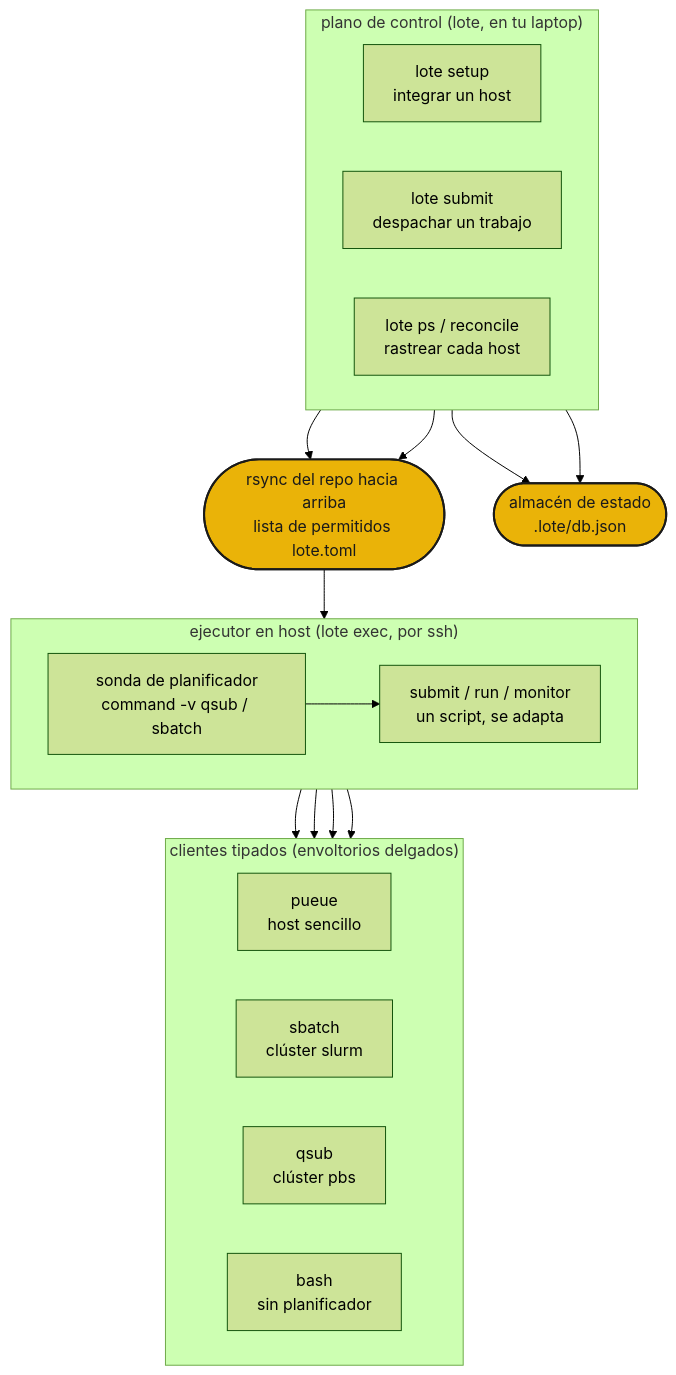
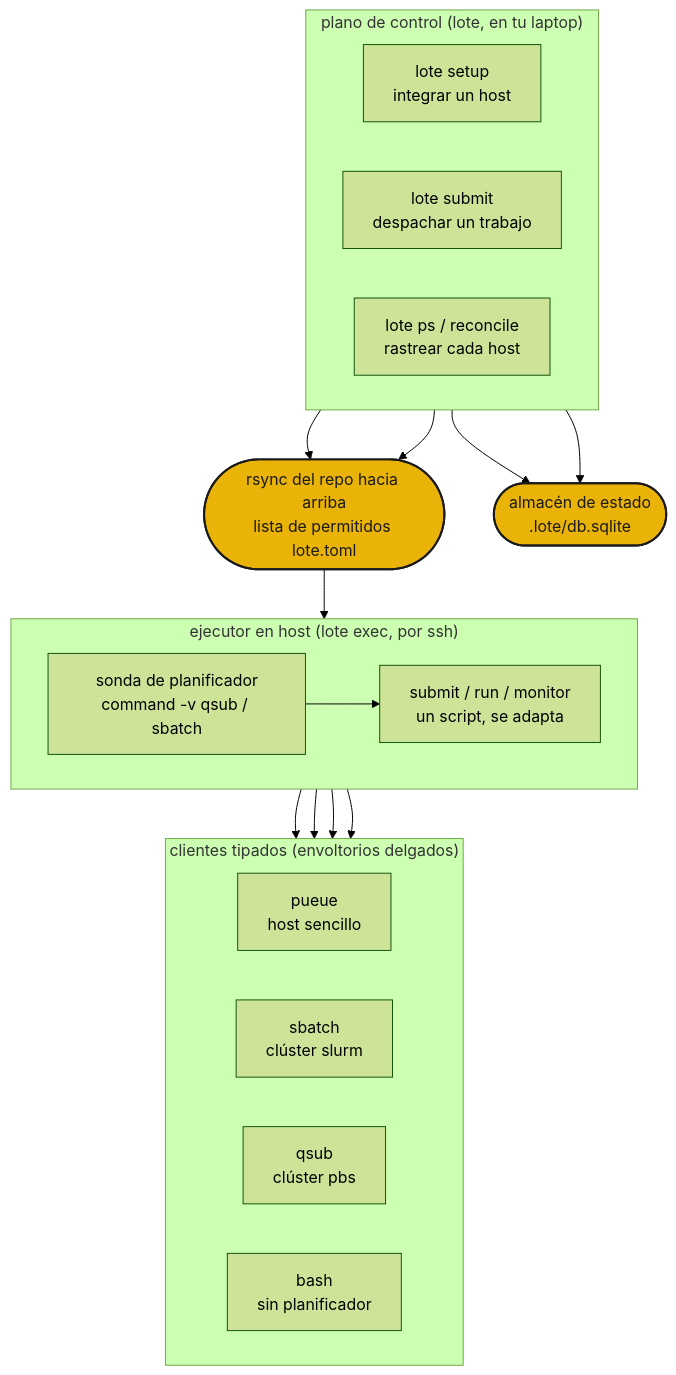
One commit to phvv-me/lote changed the diagram in docs/how-it-works.es.md. Above: the diagram before and after it, drawn with Mermaid (forest theme). The commit also changed other lines of this file and 58 other files, not shown here.

````diff
--- a/docs/how-it-works.es.md
+++ b/docs/how-it-works.es.md
@@ -5,40 +5,40 @@
 ```mermaid
 flowchart TB
     subgraph control["plano de control (lote, en tu laptop)"]
         direction LR
         SETUP["lote setup<br/>integrar un host"]
         SUBMIT["lote submit<br/>despachar un trabajo"]
         PS["lote ps / reconcile<br/>rastrear cada host"]
     end
 
     subgraph onhost["ejecutor en host (lote exec, por ssh)"]
         direction LR
         DETECT["sonda de planificador<br/>command -v qsub / sbatch"]
         ADAPT["submit / run / monitor<br/>un script, se adapta"]
     end
 
     subgraph clients["clientes tipados (envoltorios delgados)"]
         direction LR
         PUEUE["pueue<br/>host sencillo"]
         SBATCH["sbatch<br/>clúster slurm"]
         QSUB["qsub<br/>clúster pbs"]
         BASH["bash<br/>sin planificador"]
     end
 
     RSYNC(["rsync del repo hacia arriba<br/>lista de permitidos lote.toml"]):::brand
-    DB(["almacén de estado<br/>.lote/db.json"]):::brand
+    DB(["almacén de estado<br/>.lote/db.sqlite"]):::brand
 
     SETUP --> RSYNC
     SUBMIT --> RSYNC
     RSYNC --> DETECT
     DETECT --> ADAPT
     ADAPT --> PUEUE
     ADAPT --> SBATCH
     ADAPT --> QSUB
     ADAPT --> BASH
 
     SUBMIT --> DB
     PS --> DB
 
     classDef brand fill:#eab308,stroke:#1a1a1a,stroke-width:2px,color:#1a1a1a;
 ```
````
